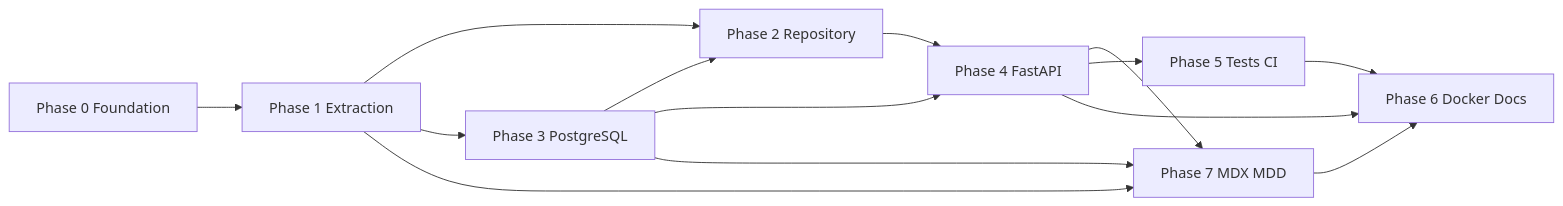
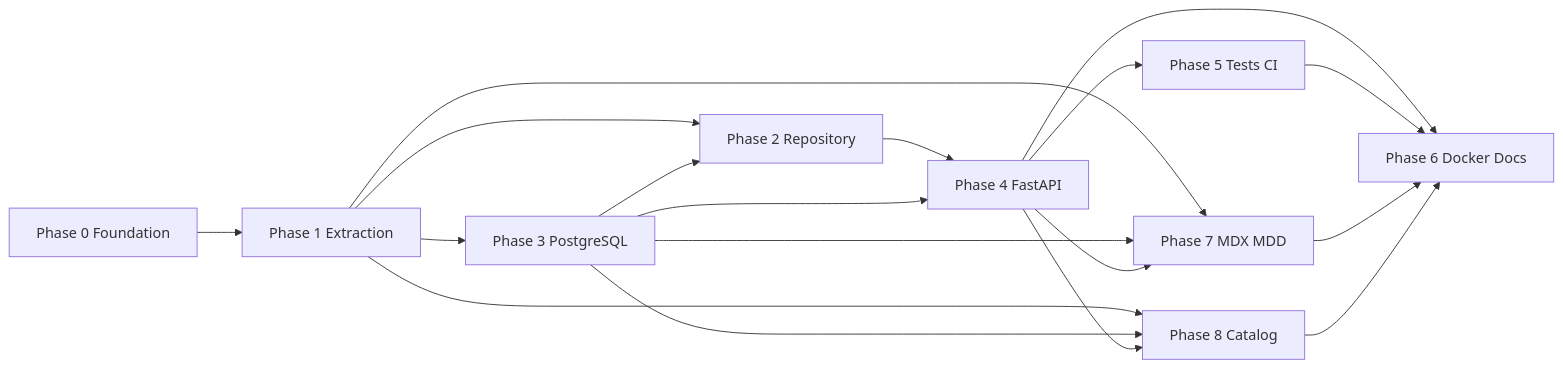
The diagram in docs/IMPLEMENTATION_PLAN.md (0xdolan/kurdish-wiktionary), drawn with Mermaid before and after one commit. The commit also changed other lines of this file and 14 other files, not shown here.

First line of the commit message:
Complete Phase 8 catalog ops with async jobs and Docker profile.

````diff
--- a/docs/IMPLEMENTATION_PLAN.md
+++ b/docs/IMPLEMENTATION_PLAN.md
@@ -306,24 +333,29 @@
 ```mermaid
 flowchart LR
   P0[Phase 0 Foundation]
   P1[Phase 1 Extraction]
   P2[Phase 2 Repository]
   P3[Phase 3 PostgreSQL]
   P4[Phase 4 FastAPI]
   P5[Phase 5 Tests CI]
   P6[Phase 6 Docker Docs]
   P7[Phase 7 MDX MDD]
+  P8[Phase 8 Catalog]
   P0 --> P1
   P1 --> P2
   P1 --> P3
   P3 --> P2
   P2 --> P4
   P3 --> P4
   P1 --> P7
   P3 --> P7
   P4 --> P7
+  P1 --> P8
+  P3 --> P8
+  P4 --> P8
   P4 --> P5
   P4 --> P6
   P5 --> P6
   P7 --> P6
+  P8 --> P6
 ```
````
